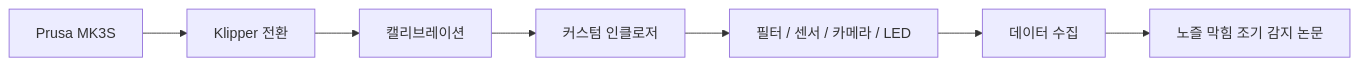
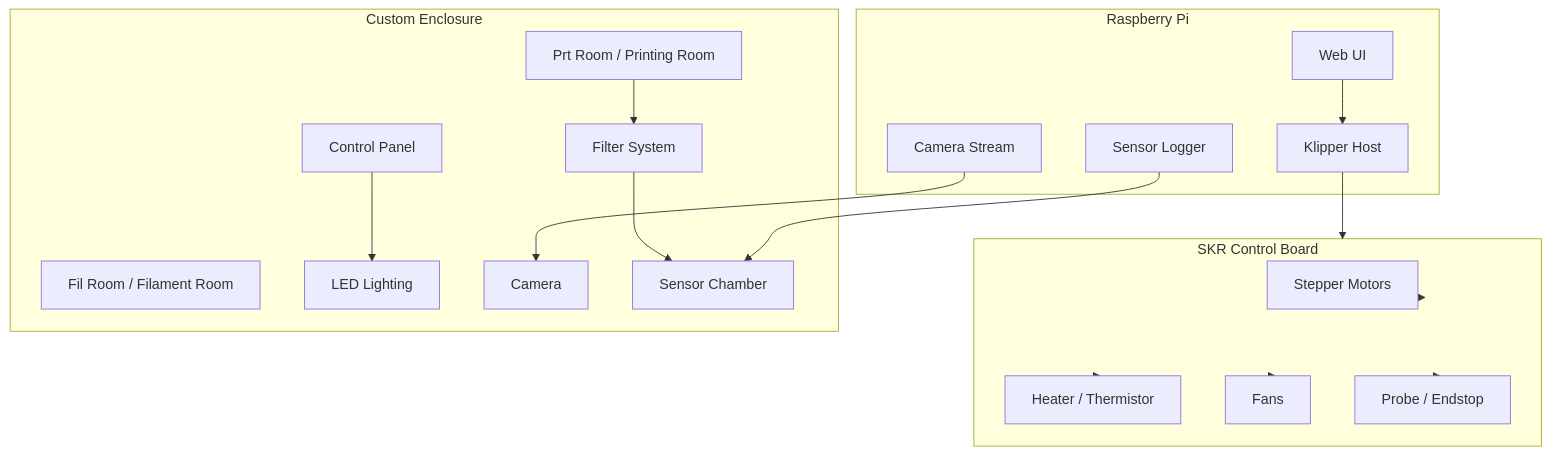
Before and after one commit to Jungoari/Git-Test.: the first of 2 diagrams in PRUSA_README_KO_DRAFT.md, drawn with Mermaid. The commit also changed other lines of this file, not shown here.

Commit message:
Revise Korean Prusa README draft with detailed structure

````diff
--- a/PRUSA_README_KO_DRAFT.md
+++ b/PRUSA_README_KO_DRAFT.md
@@ -45,9 +98,38 @@
 ```mermaid
-flowchart LR
-    A[Prusa MK3S] --> B[Klipper 전환]
-    B --> C[캘리브레이션]
-    C --> D[커스텀 인클로저]
-    D --> E[필터 / 센서 / 카메라 / LED]
-    E --> F[데이터 수집]
-    F --> G[노즐 막힘 조기 감지 논문]
+flowchart TB
+    subgraph Host["Raspberry Pi"]
+        K[Klipper Host]
+        W[Web UI]
+        C[Camera Stream]
+        L[Sensor Logger]
+    end
+
+    subgraph Board["SKR Control Board"]
+        M[Stepper Motors]
+        H[Heater / Thermistor]
+        F[Fans]
+        P[Probe / Endstop]
+    end
+
+    subgraph Enclosure["Custom Enclosure"]
+        PR[Prt Room / Printing Room]
+        FR[Fil Room / Filament Room]
+        LED[LED Lighting]
+        CAM[Camera]
+        FIL[Filter System]
+        SEN[Sensor Chamber]
+        CP[Control Panel]
+    end
+
+    K --> Board
+    W --> K
+    C --> CAM
+    L --> SEN
+    Board --> M
+    Board --> H
+    Board --> F
+    Board --> P
+    PR --> FIL
+    FIL --> SEN
+    CP --> LED
 ```
````
